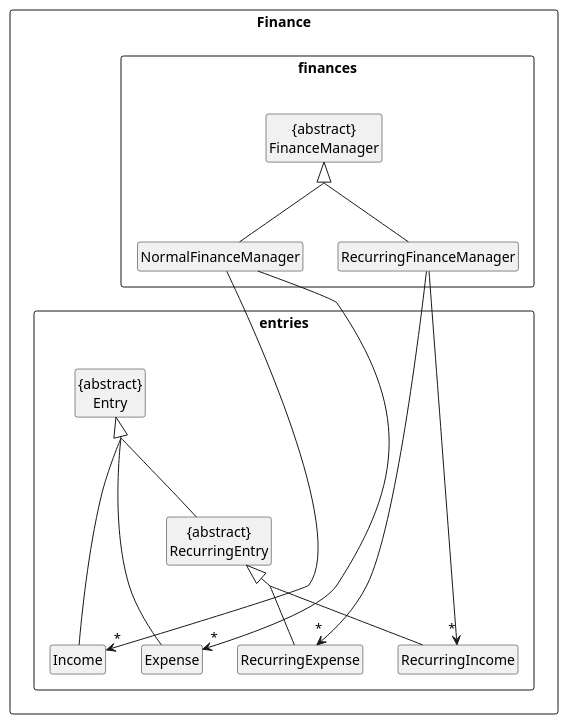
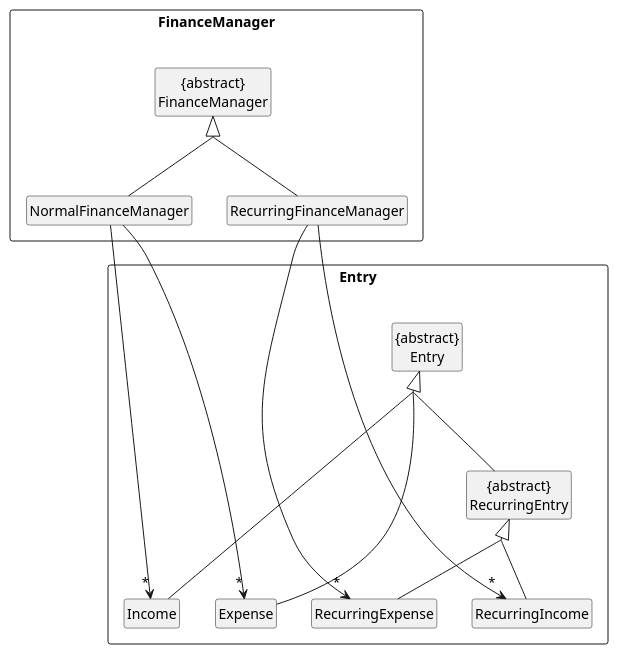
One commit to yanjia1777/tp changed the diagram in docs/diagrams/Finance.puml. Above: the diagram before and after it, drawn with PlantUML. The commit also changed 5 other files, not shown here.

```diff
--- a/docs/diagrams/Finance.puml
+++ b/docs/diagrams/Finance.puml
@@ -1,39 +1,38 @@
 @startuml
 hide circle
 skinparam classAttributeIconSize 0
 skinparam groupInheritance 2
-package "Finance" <<Rectangle>> {
-package "finances" <<Rectangle>> {
+package "FinanceManager" <<Rectangle>> {
 class  "{abstract}\nFinanceManager"
 class NormalFinanceManager
 class RecurringFinanceManager
 }
 
-package "entries" <<Rectangle>> {
+package "Entry" <<Rectangle>> {
 
 class "{abstract}\nRecurringEntry"
 class RecurringExpense
 class RecurringIncome
 class "{abstract}\nEntry"
 class Income
 class Expense
 }
 
 RecurringFinanceManager -u-|> "{abstract}\nFinanceManager"
 NormalFinanceManager -u-|> "{abstract}\nFinanceManager"
 
+
+
+RecurringFinanceManager ----> "*" RecurringIncome
+RecurringFinanceManager ----> "*" RecurringExpense
+NormalFinanceManager ----> "*" Income
+NormalFinanceManager ----> "*" Expense
+
 "{abstract}\nRecurringEntry" -u-|> "{abstract}\nEntry"
 RecurringIncome -u-|> "{abstract}\nRecurringEntry"
 RecurringExpense -u-|> "{abstract}\nRecurringEntry"
 Income -u--|> "{abstract}\nEntry"
 Expense -u--|> "{abstract}\nEntry"
 
-RecurringFinanceManager ----> "*" RecurringIncome
-RecurringFinanceManager ----> "*" RecurringExpense
-NormalFinanceManager ----> "*" Income
-NormalFinanceManager ----> "*" Expense
-
-
-}
 hide members
 @enduml
```
